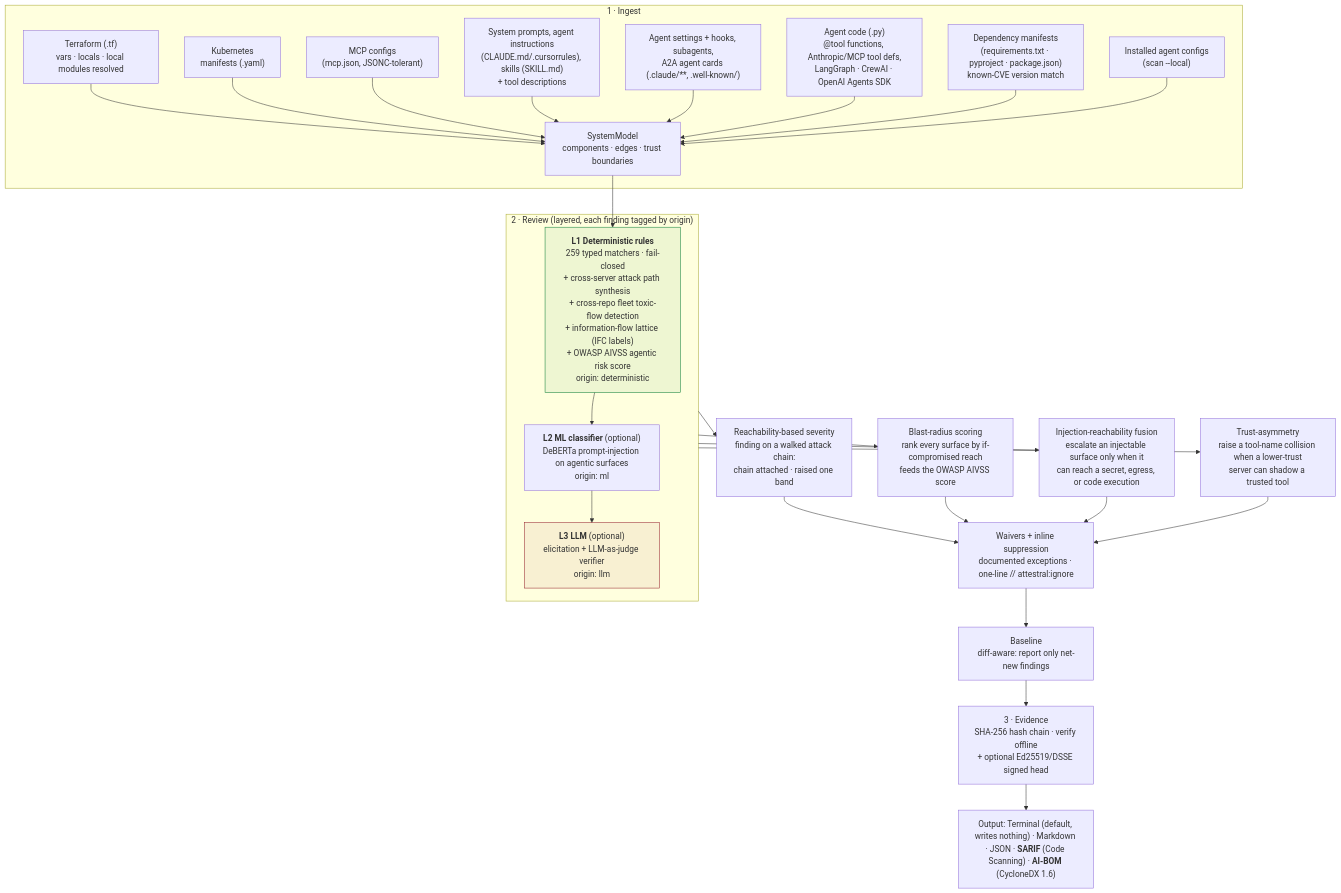
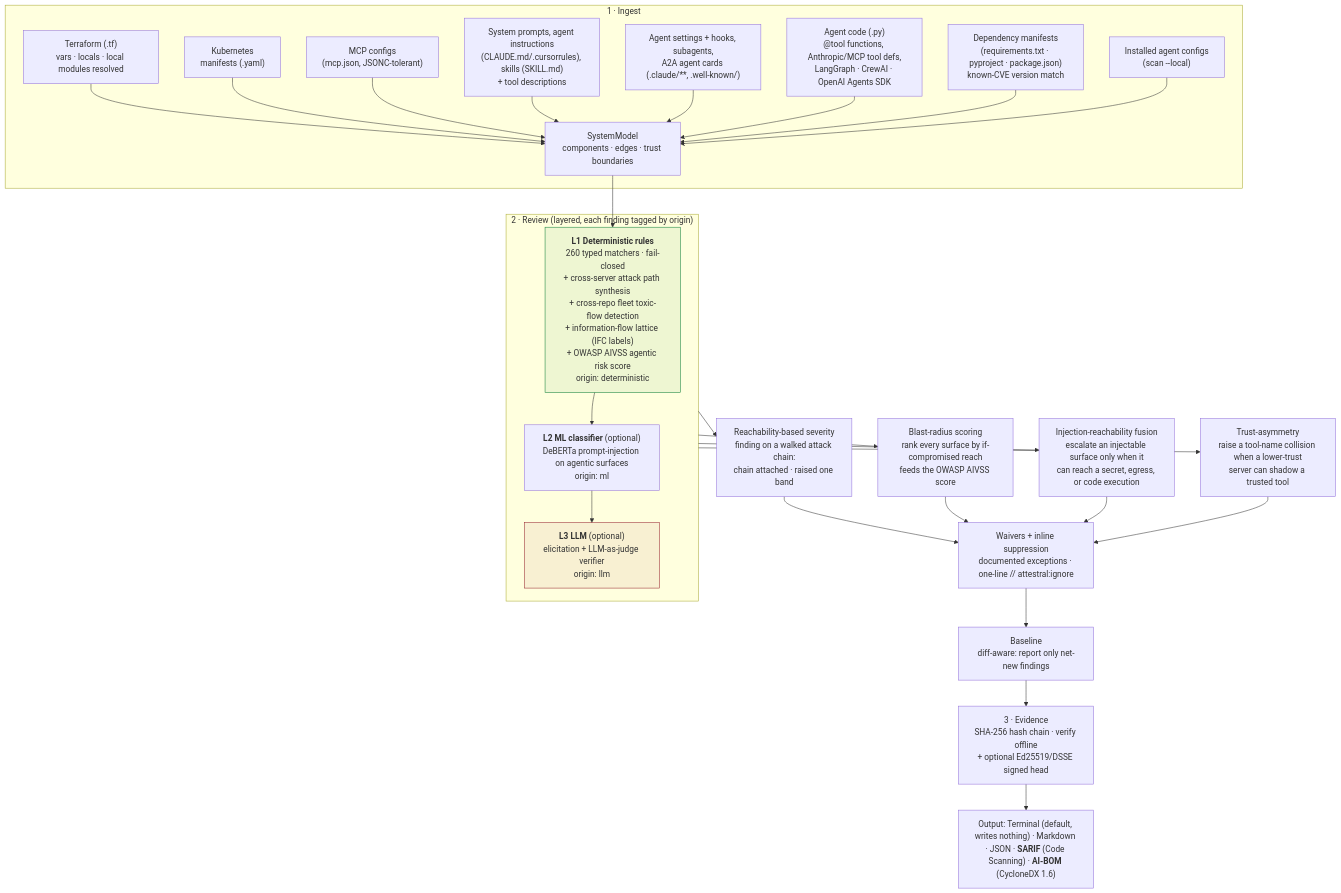
One commit to attestral-labs/attestral changed the first of 4 diagrams in README.md. Above: the diagram before and after it, drawn with Mermaid. The commit also changed other lines of this file and 20 other files, not shown here.

````diff
--- a/README.md
+++ b/README.md
@@ -120,34 +123,34 @@
 ```mermaid
 flowchart TB
     subgraph ING["1 · Ingest"]
         TF["Terraform (.tf)<br/>vars · locals · local modules resolved"] --> M
         K8S["Kubernetes<br/>manifests (.yaml)"] --> M
         MCP["MCP configs<br/>(mcp.json, JSONC-tolerant)"] --> M
         SP["System prompts, agent instructions<br/>(CLAUDE.md/.cursorrules), skills (SKILL.md)<br/>+ tool descriptions"] --> M
         AC["Agent settings + hooks, subagents,<br/>A2A agent cards (.claude/**, .well-known/)"] --> M
         CODE["Agent code (.py)<br/>@tool functions, Anthropic/MCP tool defs,<br/>LangGraph · CrewAI · OpenAI Agents SDK"] --> M
         DEP["Dependency manifests<br/>(requirements.txt · pyproject · package.json)<br/>known-CVE version match"] --> M
         LC["Installed agent configs<br/>(scan --local)"] --> M
         M["SystemModel<br/>components · edges · trust boundaries"]
     end
     M --> L1
     subgraph REV["2 · Review (layered, each finding tagged by origin)"]
-        L1["<b>L1 Deterministic rules</b><br/>259 typed matchers · fail-closed<br/>+ cross-server attack path synthesis<br/>+ cross-repo fleet toxic-flow detection<br/>+ information-flow lattice (IFC labels)<br/>+ OWASP AIVSS agentic risk score<br/>origin: deterministic"]
+        L1["<b>L1 Deterministic rules</b><br/>260 typed matchers · fail-closed<br/>+ cross-server attack path synthesis<br/>+ cross-repo fleet toxic-flow detection<br/>+ information-flow lattice (IFC labels)<br/>+ OWASP AIVSS agentic risk score<br/>origin: deterministic"]
         L2["<b>L2 ML classifier</b> (optional)<br/>DeBERTa prompt-injection on agentic surfaces<br/>origin: ml"]
         L3["<b>L3 LLM</b> (optional)<br/>elicitation + LLM-as-judge verifier<br/>origin: llm"]
         L1 --> L2 --> L3
     end
     REV --> RS["Reachability-based severity<br/>finding on a walked attack chain:<br/>chain attached · raised one band"]
     REV --> BR["Blast-radius scoring<br/>rank every surface by if-compromised reach<br/>feeds the OWASP AIVSS score"]
     REV --> IR["Injection-reachability fusion<br/>escalate an injectable surface only when it<br/>can reach a secret, egress, or code execution"]
     REV --> TA["Trust-asymmetry<br/>raise a tool-name collision when a lower-trust<br/>server can shadow a trusted tool"]
     RS --> W["Waivers + inline suppression<br/>documented exceptions · one-line // attestral:ignore"]
     BR --> W
     IR --> W
     TA --> W
     W --> BL["Baseline<br/>diff-aware: report only net-new findings"]
     BL --> EV["3 · Evidence<br/>SHA-256 hash chain · verify offline<br/>+ optional Ed25519/DSSE signed head"]
     EV --> OUT["Output: Terminal (default, writes nothing) · Markdown · JSON · <b>SARIF</b> (Code Scanning) · <b>AI-BOM</b> (CycloneDX 1.6)"]
     style L1 fill:#0a7d3611,stroke:#0a7d36
     style L3 fill:#96222E11,stroke:#96222E
 ```
````
